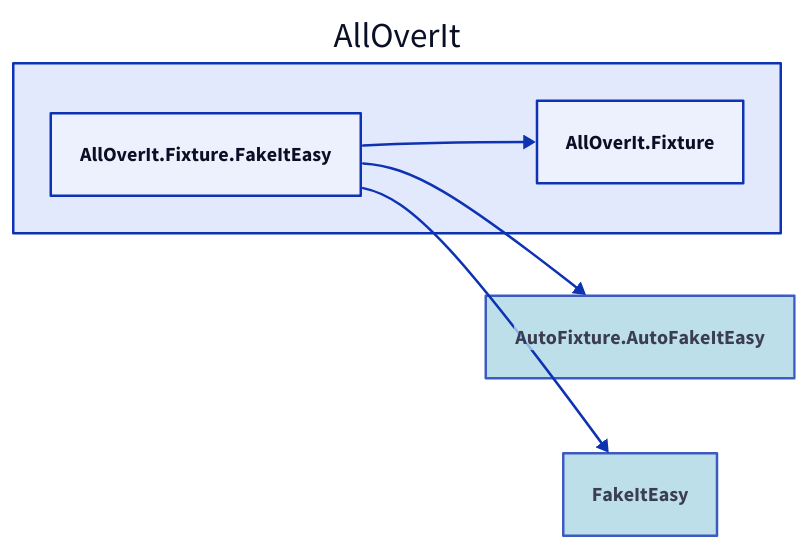
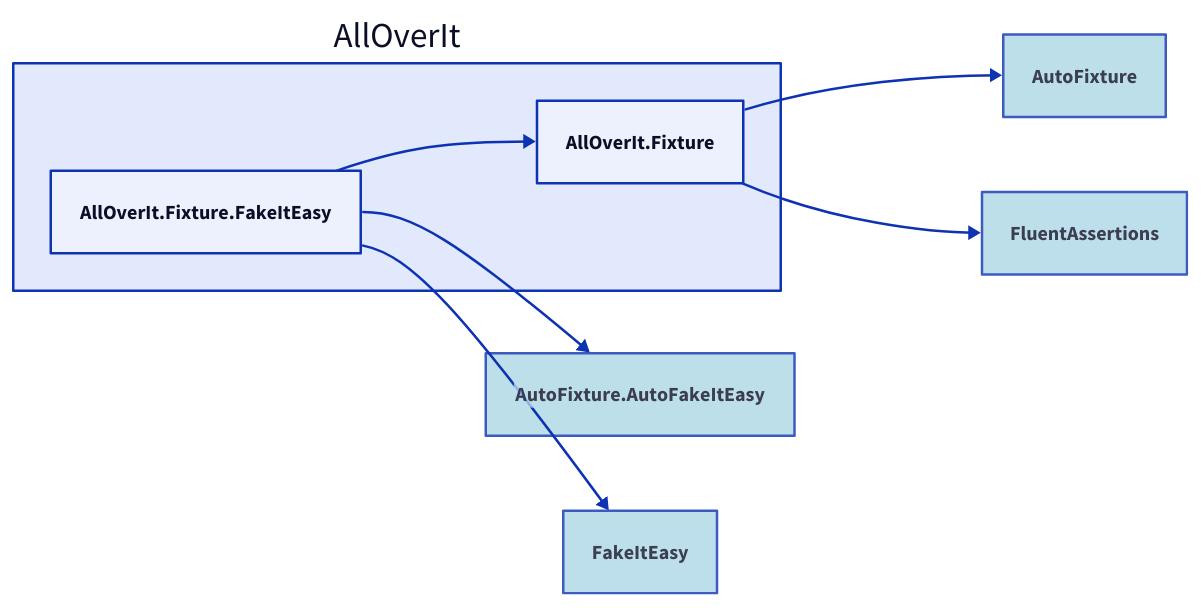
Before and after one commit to nickathone/AllOverIt: the diagram in Docs/Dependencies/alloverit-fixture-fakeiteasy.d2, drawn with D2. The commit also changed 75 other files, not shown here.

```diff
--- a/Docs/Dependencies/alloverit-fixture-fakeiteasy.d2
+++ b/Docs/Dependencies/alloverit-fixture-fakeiteasy.d2
@@ -1,15 +1,23 @@
 direction: right
 
 aoi: AllOverIt
 aoi.alloverit-fixture-fakeiteasy: AllOverIt.Fixture.FakeItEasy
 aoi.alloverit-fixture: AllOverIt.Fixture
+autofixture: AutoFixture
+autofixture.style.fill: lightblue
+autofixture.style.opacity: 0.8
+fluentassertions: FluentAssertions
+fluentassertions.style.fill: lightblue
+fluentassertions.style.opacity: 0.8
 autofixture-autofakeiteasy: AutoFixture.AutoFakeItEasy
 autofixture-autofakeiteasy.style.fill: lightblue
 autofixture-autofakeiteasy.style.opacity: 0.8
 fakeiteasy: FakeItEasy
 fakeiteasy.style.fill: lightblue
 fakeiteasy.style.opacity: 0.8
 
 aoi.alloverit-fixture <- aoi.alloverit-fixture-fakeiteasy
+autofixture <- aoi.alloverit-fixture
+fluentassertions <- aoi.alloverit-fixture
 autofixture-autofakeiteasy <- aoi.alloverit-fixture-fakeiteasy
 fakeiteasy <- aoi.alloverit-fixture-fakeiteasy
```
